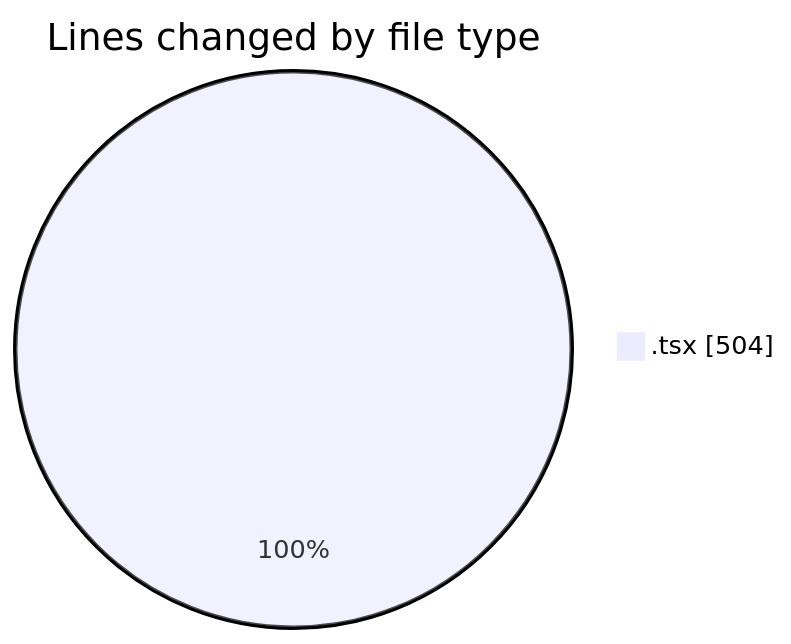
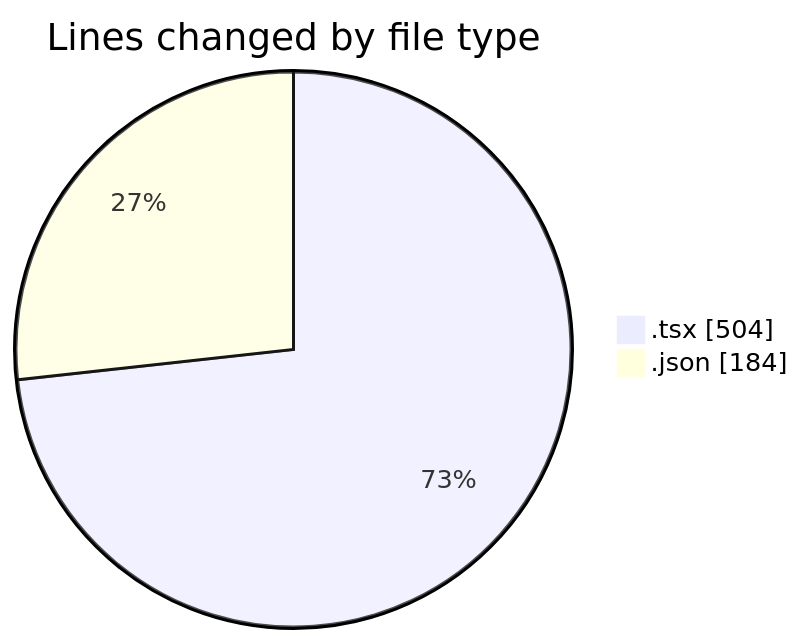
The first of 2 diagrams in 2026-01-09/cda/README.md (momahboobian/code-tracking), drawn with Mermaid before and after one commit. The commit also changed other lines of this file and 1 other file, not shown here.

````diff
--- a/2026-01-09/cda/README.md
+++ b/2026-01-09/cda/README.md
@@ -21,5 +22,6 @@
 ```mermaid
 pie showData
 title Lines changed by file type
 ".tsx" : 504
+".json" : 184
 ```
````
